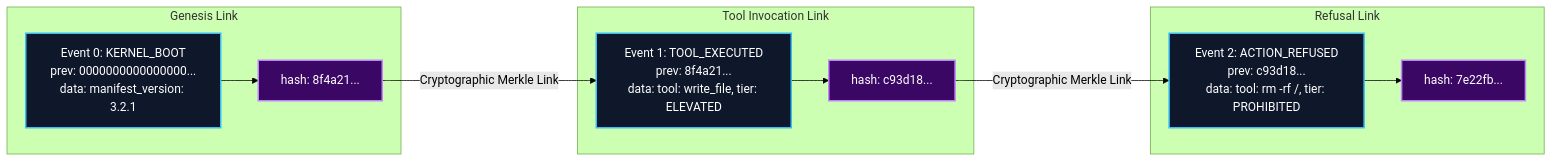
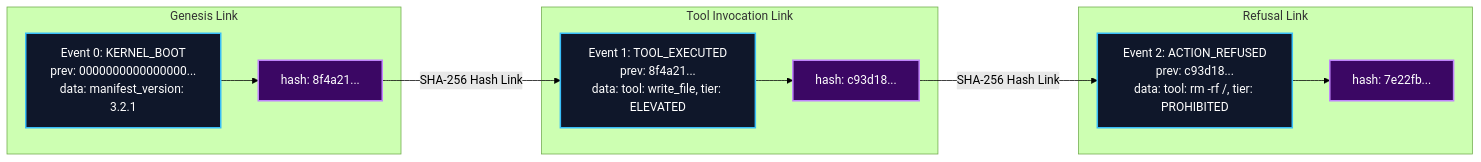
One commit to kirklasalle/AutonomousGovernanceLaws changed the fourth of 5 diagrams in PRD.md. Above: the diagram before and after it, drawn with Mermaid (forest theme). The commit also changed other lines of this file and 15 other files, not shown here.

````diff
--- a/PRD.md
+++ b/PRD.md
@@ -153,26 +161,26 @@
 ```mermaid
 graph LR
     classDef block fill:#0f172a,stroke:#38bdf8,stroke-width:2px,color:#fff;
     classDef hash fill:#3b0764,stroke:#c084fc,stroke-width:2px,color:#fff;
 
     subgraph Event_Genesis["Genesis Link"]
         E0["Event 0: KERNEL_BOOT<br/>prev: 0000000000000000...<br/>data: manifest_version: 3.2.1"]:::block
         H0["hash: 8f4a21..."]:::hash
         E0 --> H0
     end
 
     subgraph Event_1["Tool Invocation Link"]
         E1["Event 1: TOOL_EXECUTED<br/>prev: 8f4a21...<br/>data: tool: write_file, tier: ELEVATED"]:::block
         H1["hash: c93d18..."]:::hash
         E1 --> H1
     end
 
     subgraph Event_2["Refusal Link"]
         E2["Event 2: ACTION_REFUSED<br/>prev: c93d18...<br/>data: tool: rm -rf /, tier: PROHIBITED"]:::block
         H2["hash: 7e22fb..."]:::hash
         E2 --> H2
     end
 
-    H0 -->|Cryptographic Merkle Link| E1
-    H1 -->|Cryptographic Merkle Link| E2
+    H0 -->|SHA-256 Hash Link| E1
+    H1 -->|SHA-256 Hash Link| E2
 ```
````
